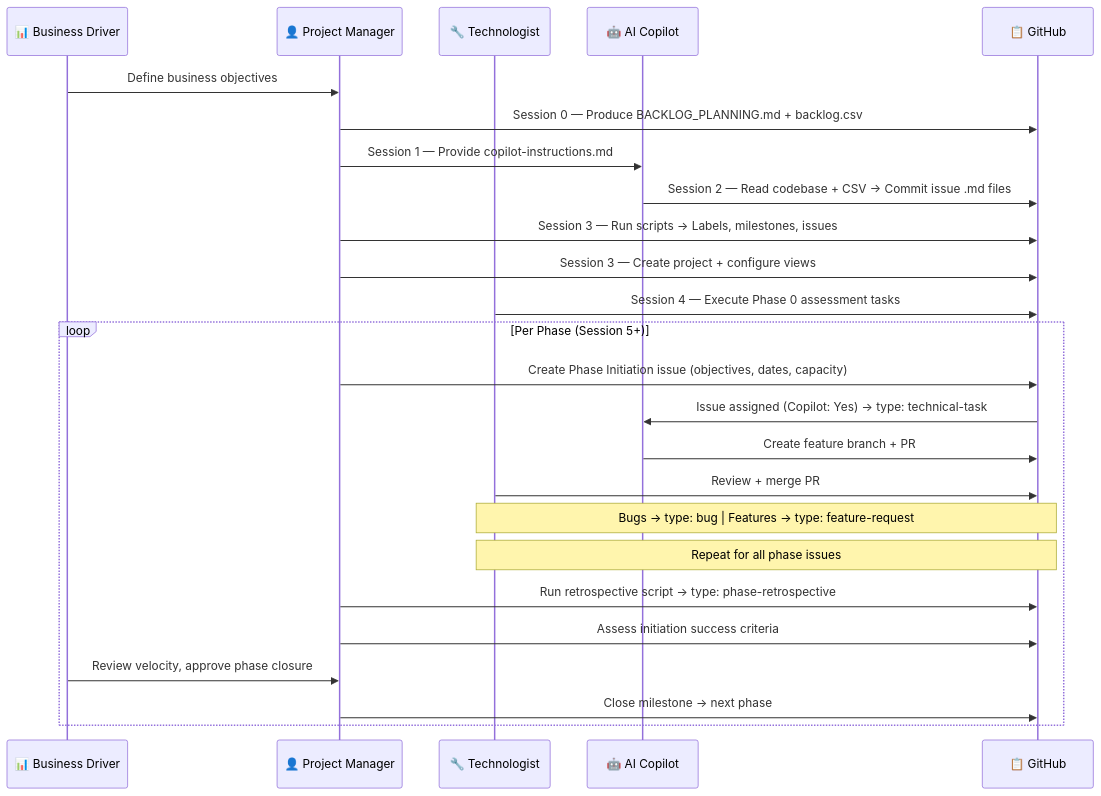
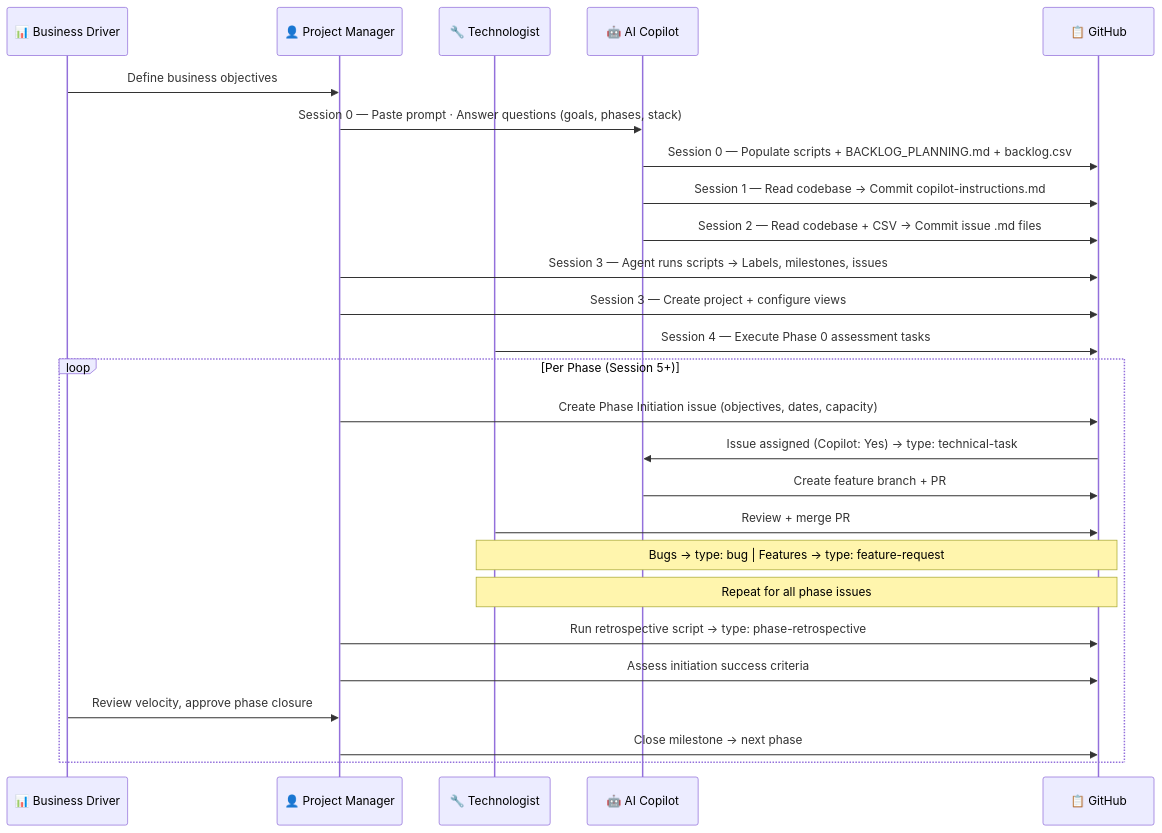
The second of 3 diagrams in bootstrap/agentgitops-instructions.md (rmcveyhsawaknow/azure-resume-iac), drawn with Mermaid before and after one commit. The commit also changed other lines of this file and 2 other files, not shown here.

First line of the commit message:
docs: simplify AgentGitOps bootstrap with agent-driven Session 0 interactive prompt

````diff
--- a/bootstrap/agentgitops-instructions.md
+++ b/bootstrap/agentgitops-instructions.md
@@ -123,29 +124,30 @@
 ```mermaid
 sequenceDiagram
     participant BD as 📊 Business Driver
     participant PM as 👤 Project Manager
     participant T as 🔧 Technologist
     participant AI as 🤖 AI Copilot
     participant GH as 📋 GitHub
 
     BD->>PM: Define business objectives
-    PM->>GH: Session 0 — Produce BACKLOG_PLANNING.md + backlog.csv
-    PM->>AI: Session 1 — Provide copilot-instructions.md
+    PM->>AI: Session 0 — Paste prompt · Answer questions (goals, phases, stack)
+    AI->>GH: Session 0 — Populate scripts + BACKLOG_PLANNING.md + backlog.csv
+    AI->>GH: Session 1 — Read codebase → Commit copilot-instructions.md
     AI->>GH: Session 2 — Read codebase + CSV → Commit issue .md files
-    PM->>GH: Session 3 — Run scripts → Labels, milestones, issues
+    PM->>GH: Session 3 — Agent runs scripts → Labels, milestones, issues
     PM->>GH: Session 3 — Create project + configure views
     T->>GH: Session 4 — Execute Phase 0 assessment tasks
 
     loop Per Phase (Session 5+)
         PM->>GH: Create Phase Initiation issue (objectives, dates, capacity)
         GH->>AI: Issue assigned (Copilot: Yes) → type: technical-task
         AI->>GH: Create feature branch + PR
         T->>GH: Review + merge PR
         Note over T,GH: Bugs → type: bug | Features → type: feature-request
         Note over T,GH: Repeat for all phase issues
         PM->>GH: Run retrospective script → type: phase-retrospective
         PM->>GH: Assess initiation success criteria
         BD->>PM: Review velocity, approve phase closure
         PM->>GH: Close milestone → next phase
     end
 ```
````
